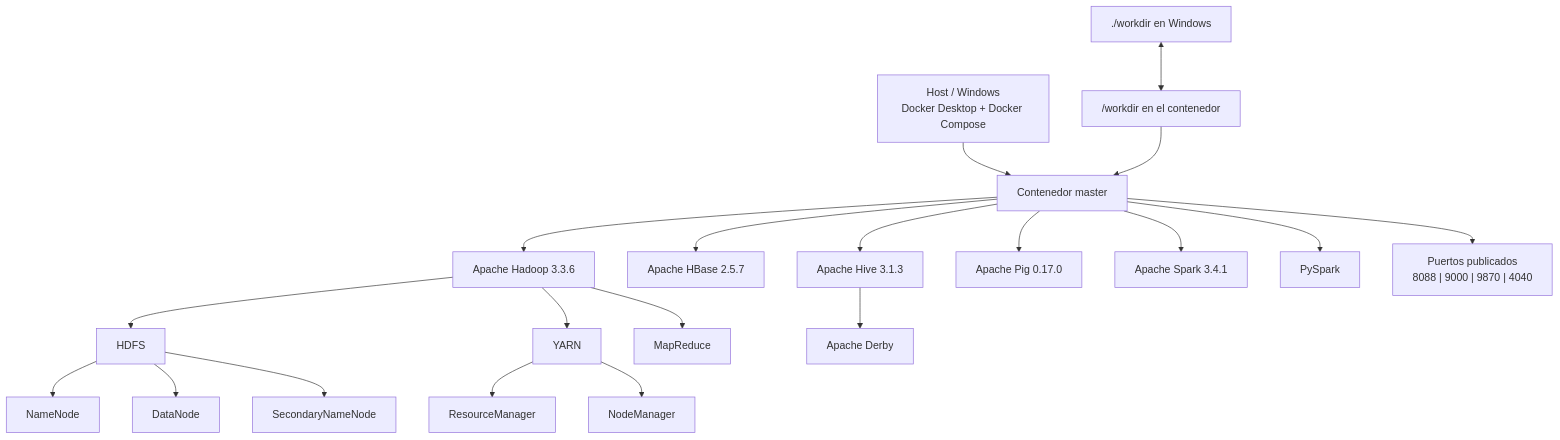
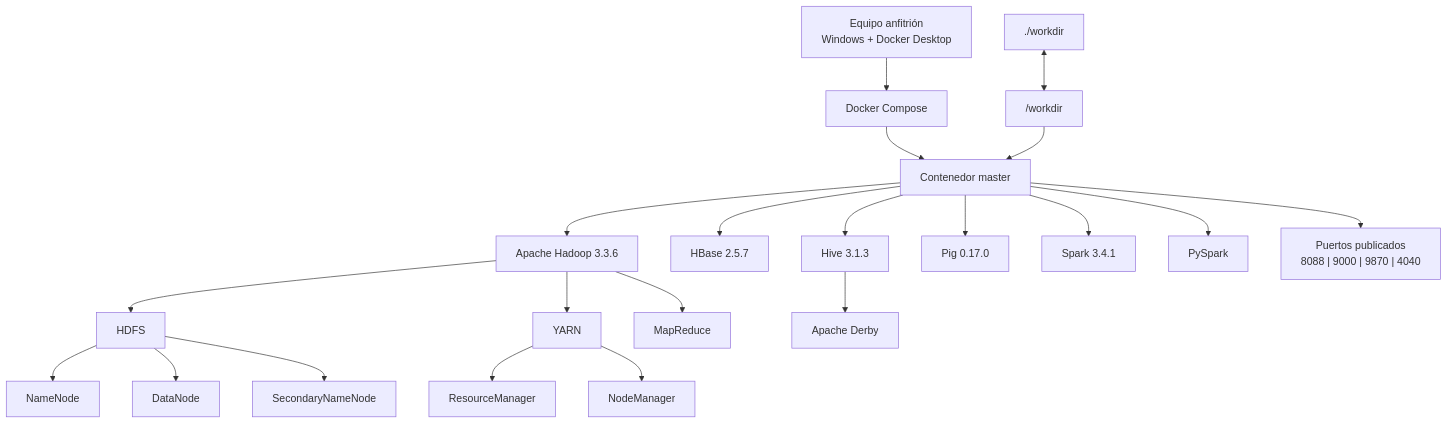
Before and after one commit to RafaelaHH/hadoop-docker-compose-Grupo4: the diagram in README.md, drawn with Mermaid. The commit also changed other lines of this file, not shown here.

````diff
--- a/README.md
+++ b/README.md
@@ -554,36 +352,63 @@
 ```mermaid
 flowchart TB
-    HOST["Host / Windows<br/>Docker Desktop + Docker Compose"]
+
+    HOST["Equipo anfitrión<br/>Windows + Docker Desktop"]
+
+    COMPOSE["Docker Compose"]
+
     MASTER["Contenedor master"]
 
-    HOST --> MASTER
+    HADOOP["Apache Hadoop 3.3.6"]
 
-    WORKDIR["./workdir en Windows"]
-    CWORKDIR["/workdir en el contenedor"]
+    HDFS["HDFS"]
+    NN["NameNode"]
+    DN["DataNode"]
+    SNN["SecondaryNameNode"]
 
-    WORKDIR <--> CWORKDIR
-    CWORKDIR --> MASTER
+    YARN["YARN"]
+    RM["ResourceManager"]
+    NM["NodeManager"]
 
-    MASTER --> HADOOP["Apache Hadoop 3.3.6"]
+    MAP["MapReduce"]
 
-    HADOOP --> HDFS["HDFS"]
-    HADOOP --> YARN["YARN"]
-    HADOOP --> MAPREDUCE["MapReduce"]
+    HBASE["HBase 2.5.7"]
 
-    HDFS --> NAMENODE["NameNode"]
-    HDFS --> DATANODE["DataNode"]
-    HDFS --> SECONDARY["SecondaryNameNode"]
+    HIVE["Hive 3.1.3"]
+    DERBY["Apache Derby"]
 
-    YARN --> RM["ResourceManager"]
-    YARN --> NM["NodeManager"]
+    PIG["Pig 0.17.0"]
 
-    MASTER --> HBASE["Apache HBase 2.5.7"]
-    MASTER --> HIVE["Apache Hive 3.1.3"]
-    HIVE --> DERBY["Apache Derby"]
+    SPARK["Spark 3.4.1"]
+    PYSPARK["PySpark"]
 
-    MASTER --> PIG["Apache Pig 0.17.0"]
-    MASTER --> SPARK["Apache Spark 3.4.1"]
-    MASTER --> PYSPARK["PySpark"]
+    WORK["./workdir"]
+    CWORK["/workdir"]
+
+    HOST --> COMPOSE
+    COMPOSE --> MASTER
+
+    WORK <--> CWORK
+    CWORK --> MASTER
+
+    MASTER --> HADOOP
+
+    HADOOP --> HDFS
+    HADOOP --> YARN
+    HADOOP --> MAP
+
+    HDFS --> NN
+    HDFS --> DN
+    HDFS --> SNN
+
+    YARN --> RM
+    YARN --> NM
+
+    MASTER --> HBASE
+    MASTER --> HIVE
+    HIVE --> DERBY
+    MASTER --> PIG
+    MASTER --> SPARK
+    MASTER --> PYSPARK
 
     MASTER --> PORTS["Puertos publicados<br/>8088 | 9000 | 9870 | 4040"]
 ```
````
